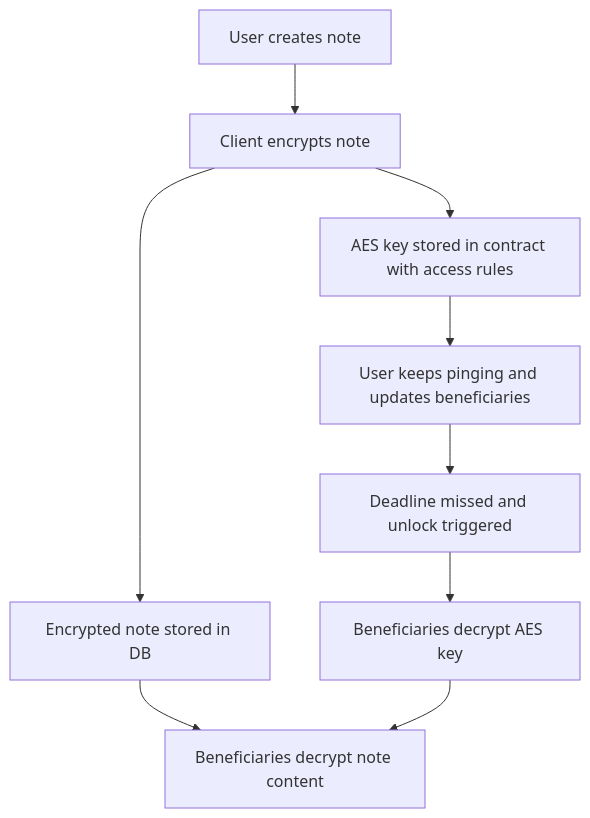
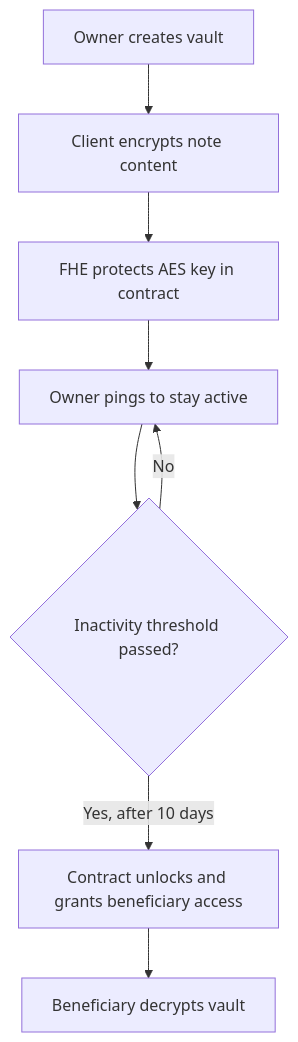
Before and after one commit to Salmandabbakuti/afternote-fhe: the diagram in README.md, drawn with Mermaid. The commit also changed other lines of this file and 2 other files, not shown here.

Commit message:
feat: enhance README and client UI with detailed vault functionality and security features

````diff
--- a/README.md
+++ b/README.md
@@ -75,20 +57,18 @@
 ```mermaid
 flowchart TD
-    A[User creates note]
-    B[Client encrypts note]
-    C[Encrypted note stored in DB]
-    D[AES key stored in contract with access rules]
-    E[User keeps pinging and updates beneficiaries]
-    F[Deadline missed and unlock triggered]
-    G[Beneficiaries decrypt AES key]
-    H[Beneficiaries decrypt note content]
+    A[Owner creates vault]
+    B[Client encrypts note content]
+    C[FHE protects AES key in contract]
+    D[Owner pings to stay active]
+    E{Inactivity threshold passed?}
+    F[Contract unlocks and grants beneficiary access]
+    G[Beneficiary decrypts vault]
 
     A --> B
     B --> C
-    B --> D
+    C --> D
     D --> E
-    E --> F
+    E -->|Yes, after 10 days| F
+    E -->|No| D
     F --> G
-    C --> H
-    G --> H
 ```
````
